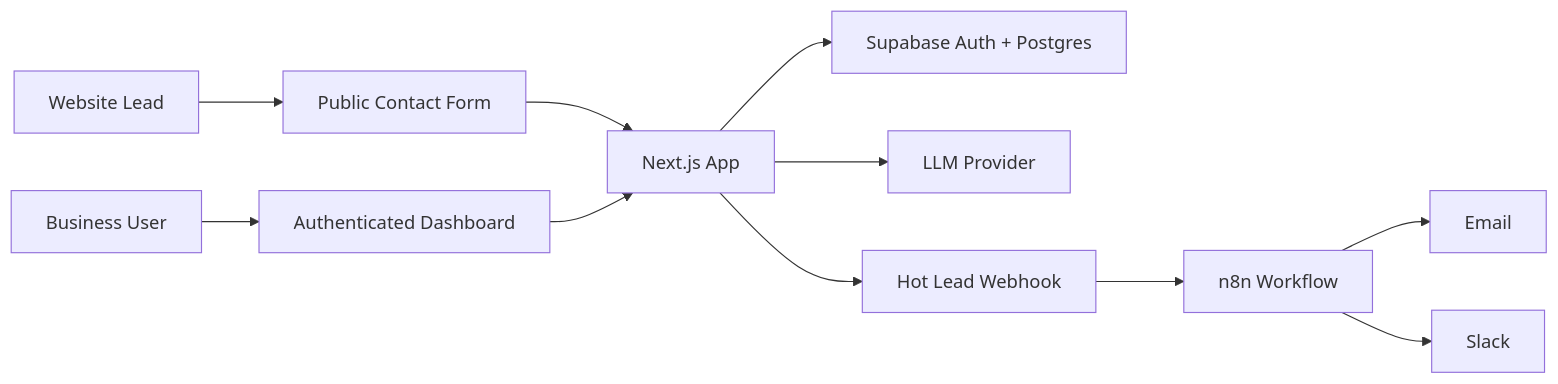
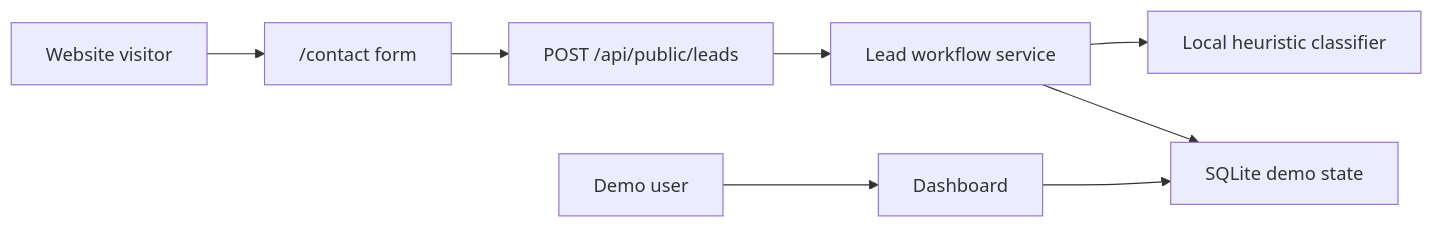
Before and after one commit to vetlucasmartins/ai-reception-lite: the diagram in docs/ARCHITECTURE.md, drawn with Mermaid. The commit also changed other lines of this file and 46 other files, not shown here.

First line of the commit message:
feat: replace supabase/openai/n8n with self-contained sqlite + heuristic

````diff
--- a/docs/ARCHITECTURE.md
+++ b/docs/ARCHITECTURE.md
@@ -13,13 +7,10 @@
 ```mermaid
 flowchart LR
-    Lead["Website Lead"] --> Form["Public Contact Form"]
-    User["Business User"] --> Dashboard["Authenticated Dashboard"]
-    Form --> App["Next.js App"]
-    Dashboard --> App
-    App --> Supabase["Supabase Auth + Postgres"]
-    App --> LLM["LLM Provider"]
-    App --> Webhook["Hot Lead Webhook"]
-    Webhook --> N8N["n8n Workflow"]
-    N8N --> Email["Email"]
-    N8N --> Slack["Slack"]
+  Visitor["Website visitor"] --> Form["/contact form"]
+  Form --> PublicAPI["POST /api/public/leads"]
+  PublicAPI --> Service["Lead workflow service"]
+  Service --> Classifier["Local heuristic classifier"]
+  Service --> SQLite["SQLite demo state"]
+  DemoUser["Demo user"] --> Dashboard["Dashboard"]
+  Dashboard --> SQLite
 ```
````
